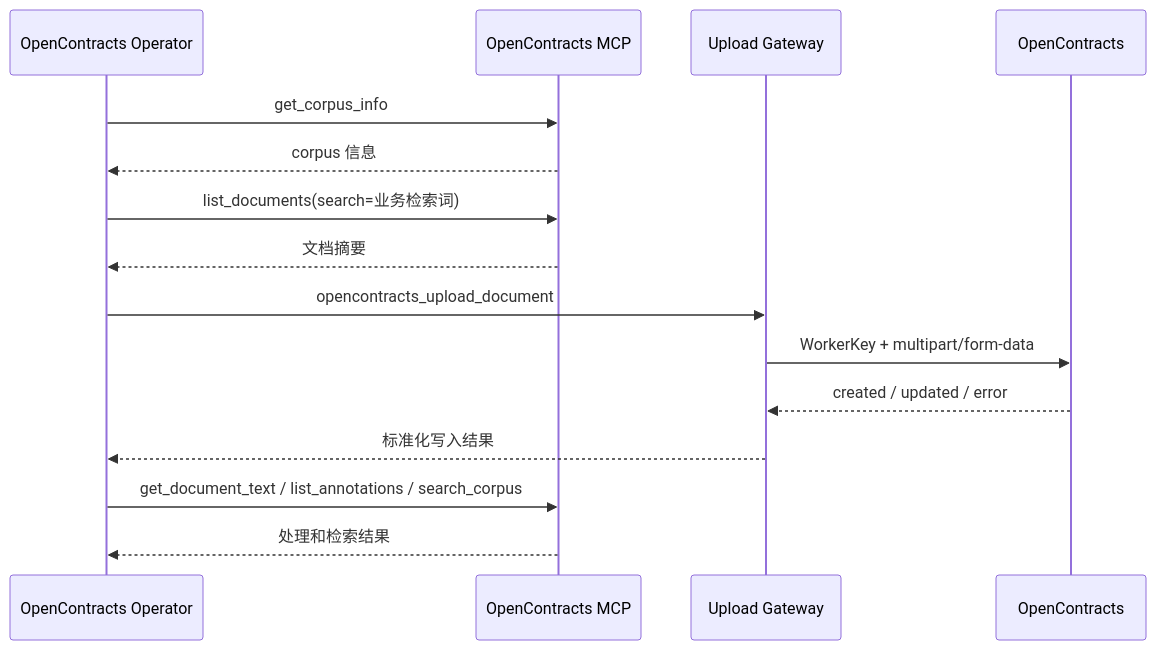
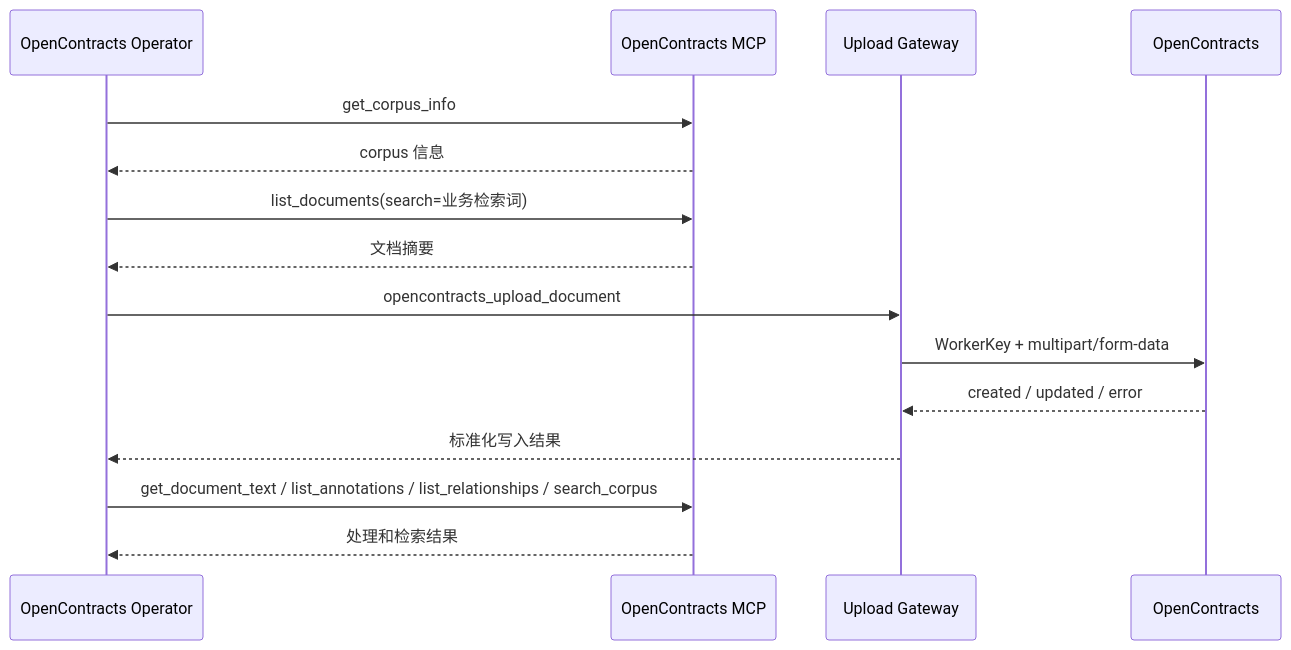
Before and after one commit to Ri0n72Y/ContractBotConfig: the second of 3 diagrams in docs/architecture/opencontracts-integration.md, drawn with Mermaid. The commit also changed other lines of this file, not shown here.

````diff
--- a/docs/architecture/opencontracts-integration.md
+++ b/docs/architecture/opencontracts-integration.md
@@ -88,18 +90,18 @@
 ```mermaid
 sequenceDiagram
     participant O as OpenContracts Operator
     participant M as OpenContracts MCP
     participant G as Upload Gateway
     participant OC as OpenContracts
 
     O->>M: get_corpus_info
     M-->>O: corpus 信息
     O->>M: list_documents(search=业务检索词)
     M-->>O: 文档摘要
     O->>G: opencontracts_upload_document
     G->>OC: WorkerKey + multipart/form-data
     OC-->>G: created / updated / error
     G-->>O: 标准化写入结果
-    O->>M: get_document_text / list_annotations / search_corpus
+    O->>M: get_document_text / list_annotations / list_relationships / search_corpus
     M-->>O: 处理和检索结果
 ```
````
